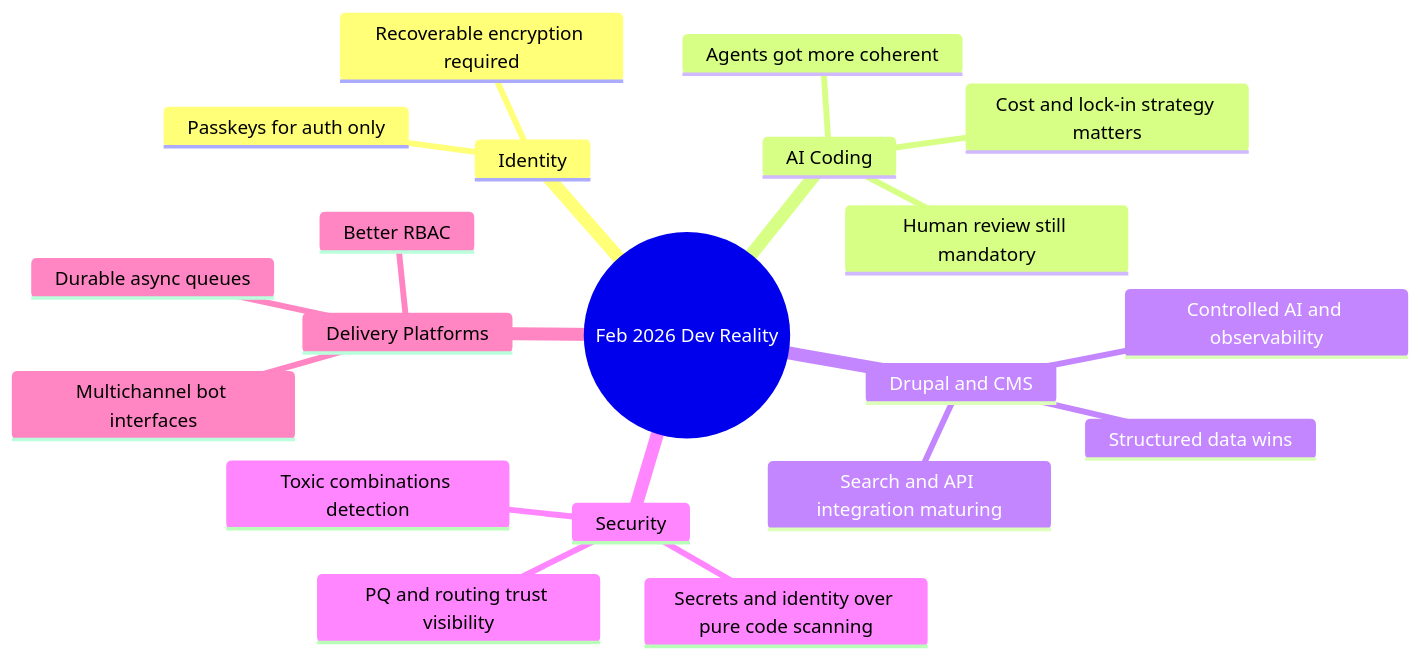
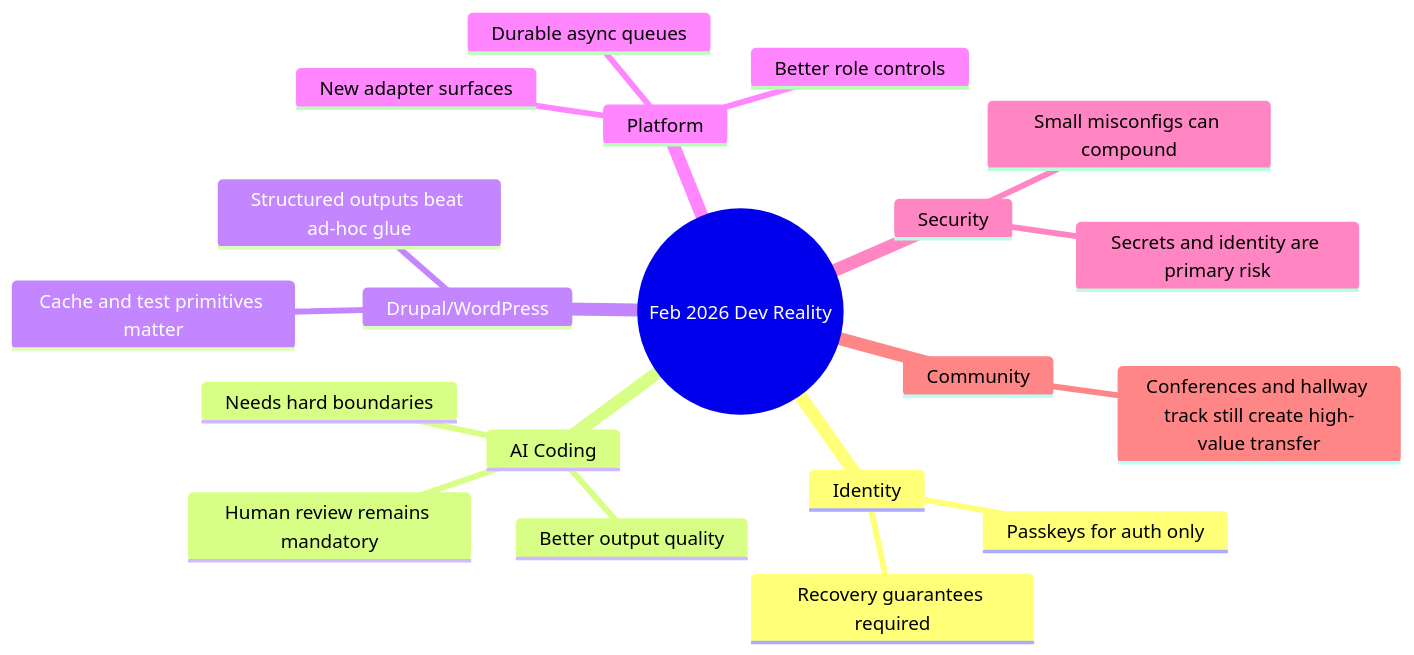
One commit to victorstack-ai/agent-blog changed the diagram in blog/2026-02-28-please-please-please-stop-using-passkeys-for-encrypting-user.md. Above: the diagram before and after it, drawn with Mermaid. The commit also changed other lines of this file, not shown here.

````diff
--- a/blog/2026-02-28-please-please-please-stop-using-passkeys-for-encrypting-user.md
+++ b/blog/2026-02-28-please-please-please-stop-using-passkeys-for-encrypting-user.md
@@ -135,23 +170,23 @@
 ```mermaid
 mindmap
   root((Feb 2026 Dev Reality))
     Identity
       Passkeys for auth only
-      Recoverable encryption required
+      Recovery guarantees required
     AI Coding
-      Agents got more coherent
-      Human review still mandatory
-      Cost and lock-in strategy matters
-    Drupal and CMS
-      Structured data wins
-      Controlled AI and observability
-      Search and API integration maturing
+      Better output quality
+      Needs hard boundaries
+      Human review remains mandatory
+    Drupal/WordPress
+      Cache and test primitives matter
+      Structured outputs beat ad-hoc glue
+    Platform
+      Durable async queues
+      Better role controls
+      New adapter surfaces
     Security
-      Secrets and identity over pure code scanning
-      Toxic combinations detection
-      PQ and routing trust visibility
-    Delivery Platforms
-      Durable async queues
-      Better RBAC
-      Multichannel bot interfaces
+      Secrets and identity are primary risk
+      Small misconfigs can compound
+    Community
+      Conferences and hallway track still create high-value transfer
 ```
````
